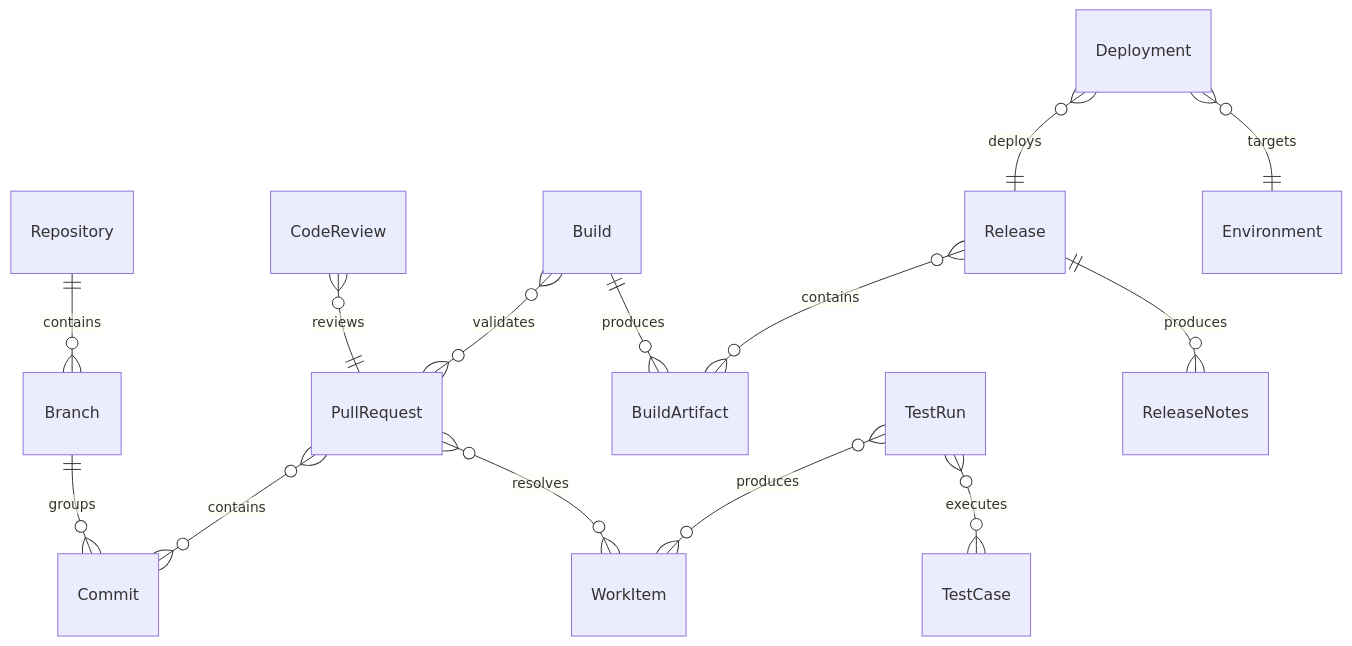
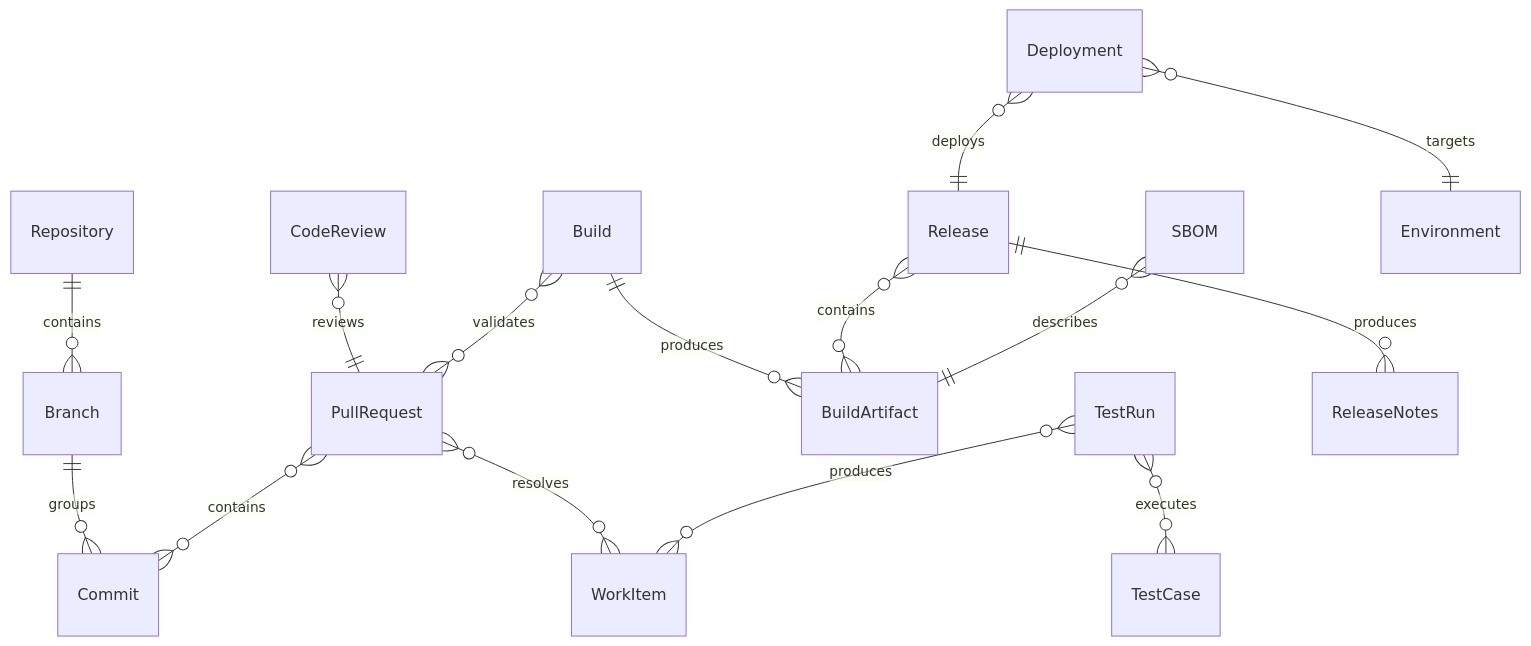
Before and after one commit to maxvydrin/vision: the eighth of 12 diagrams in SOFTWARE_ORGANIZATION_DOMAIN_MODEL.md, drawn with Mermaid. The commit also changed other lines of this file and 3 other files, not shown here.

````diff
--- a/SOFTWARE_ORGANIZATION_DOMAIN_MODEL.md
+++ b/SOFTWARE_ORGANIZATION_DOMAIN_MODEL.md
@@ -566,16 +570,17 @@
 ```mermaid
 erDiagram
     Repository ||--o{ Branch : "contains"
     Branch ||--o{ Commit : "groups"
     PullRequest }o--o{ Commit : "contains"
     CodeReview }o--|| PullRequest : "reviews"
     PullRequest }o--o{ WorkItem : "resolves"
     Build }o--o{ PullRequest : "validates"
     Build ||--o{ BuildArtifact : "produces"
     TestRun }o--o{ TestCase : "executes"
     TestRun }o--o{ WorkItem : "produces"
     Release }o--o{ BuildArtifact : "contains"
     Release ||--o{ ReleaseNotes : "produces"
+    SBOM }o--|| BuildArtifact : "describes"
     Deployment }o--|| Release : "deploys"
     Deployment }o--|| Environment : "targets"
 ```
````
